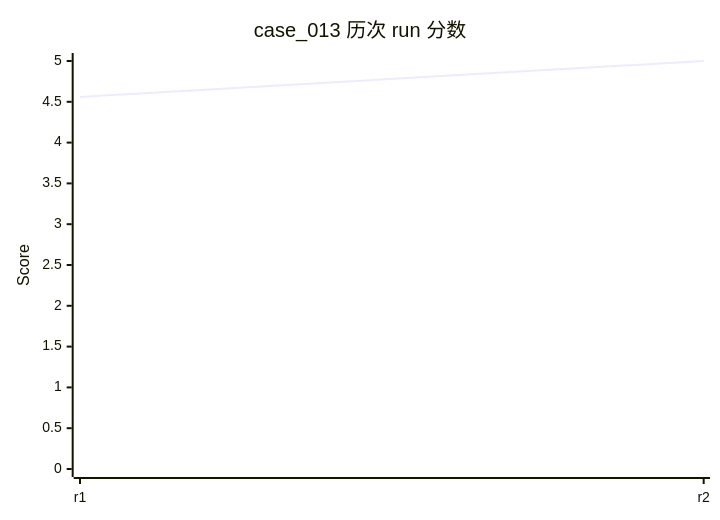
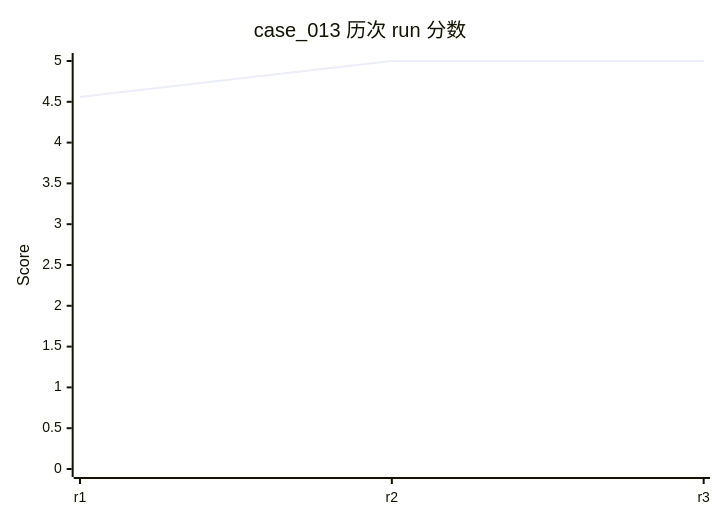
One commit to rushengzhou/sid-code changed diagram 18 of 58 in evals/DASHBOARD.md. Above: the diagram before and after it, drawn with Mermaid. The commit also changed other lines of this file and 57 other files, not shown here.

````diff
--- a/evals/DASHBOARD.md
+++ b/evals/DASHBOARD.md
@@ -408,7 +410,7 @@
 ```mermaid
 xychart-beta
     title "case_013 历次 run 分数"
-    x-axis [r1, r2]
+    x-axis [r1, r2, r3]
     y-axis "Score" 0 --> 5
-    line [4.56, 5.00]
+    line [4.56, 5.00, 5.00]
 ```
````
